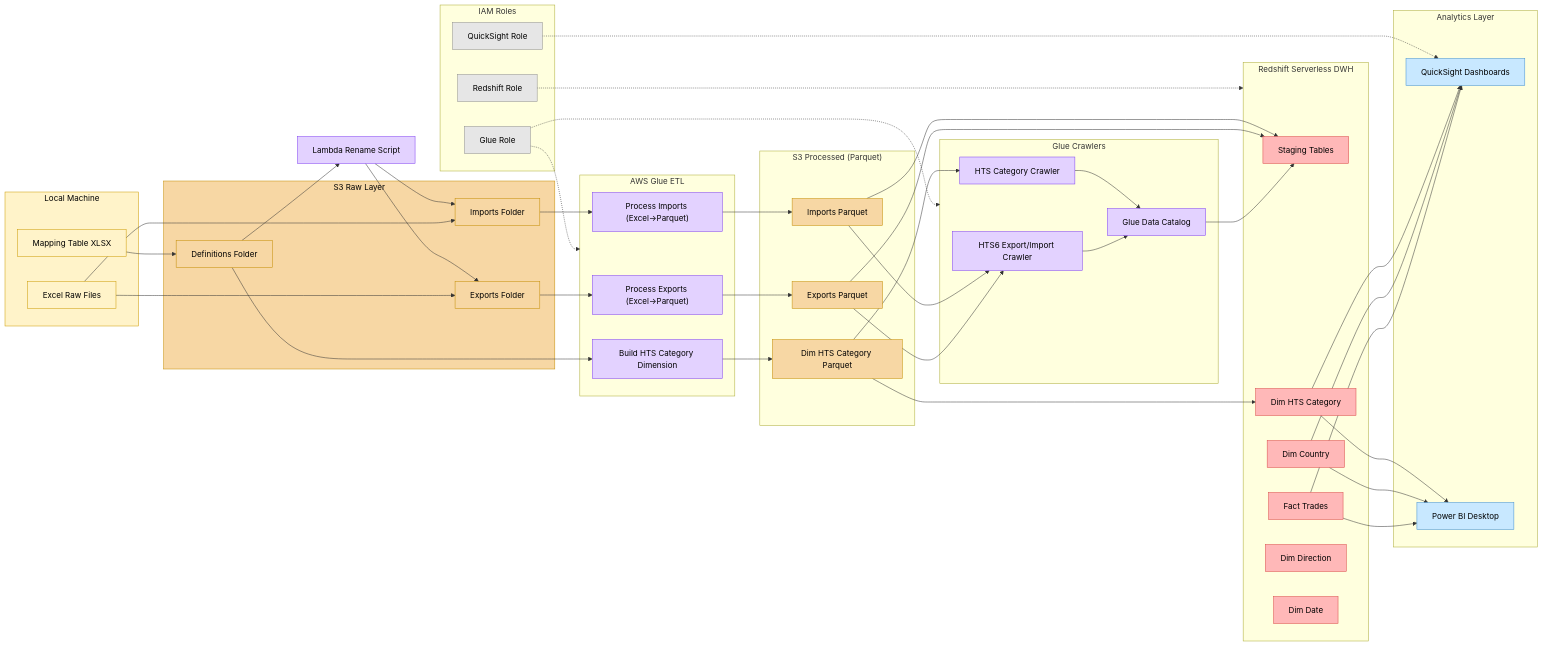
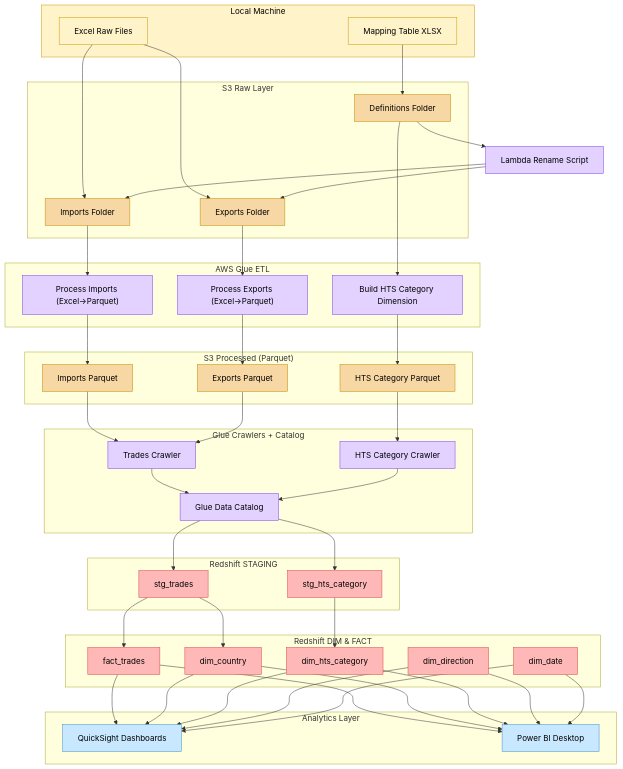
Before and after one commit to salihsezen/us-trade-tariff-impact-analysis: the diagram in System-Architecture.md, drawn with Mermaid.

````diff
--- a/System-Architecture.md
+++ b/System-Architecture.md
@@ -1,5 +1,5 @@
 ```mermaid
-flowchart LR
+flowchart TB
 
 %% ---------- COLOR CLASSES ----------
 classDef s3 fill:#f7d7a4,stroke:#c48c00,stroke-width:1px,color:#000;
@@ -9,49 +9,53 @@
 classDef iam fill:#e6e6e6,stroke:#8d8d8d,stroke-width:1px,color:#000;
 classDef local fill:#fff3c9,stroke:#cc9a00,stroke-width:1px,color:#000;
 
-%% ---------- LOCAL ----------
+%% ===================================================================
+%%  TOP ROW  → Local → S3 Raw → Lambda → Glue ETL
+%% ===================================================================
+
 subgraph LOCAL["Local Machine"]
-  A1["Excel Raw Files"]
-  A2["Mapping Table XLSX"]
+  L1["Excel Raw Files"]
+  L2["Mapping Table XLSX"]
 end
-class LOCAL,A1,A2 local;
+class LOCAL,L1,L2 local;
 
-%% ---------- S3 RAW ----------
 subgraph S3RAW["S3 Raw Layer"]
-  B1["Exports Folder"]
-  B2["Imports Folder"]
-  B3["Definitions Folder"]
+  Rdef["Definitions Folder"]
+  Rimp["Imports Folder"]
+  Rexp["Exports Folder"]
 end
-class S3RAW,B1,B2,B3 s3;
+class Rdef,Rimp,Rexp s3;
 
-A1 --> B1
-A1 --> B2
-A2 --> B3
+L1 --> Rexp
+L1 --> Rimp
+L2 --> Rdef
 
-%% ---------- LAMBDA RENAME ----------
-L1["Lambda Rename Script"]
-class L1 glue;
-B3 --> L1
-L1 --> B1
-L1 --> B2
+Lambda1["Lambda Rename Script"]
+class Lambda1 glue;
 
-%% ---------- GLUE ETL ----------
+Rdef --> Lambda1
+Lambda1 --> Rexp
+Lambda1 --> Rimp
+
 subgraph GLUE["AWS Glue ETL"]
-  G1["Process Exports (Excel→Parquet)"]
-  G2["Process Imports (Excel→Parquet)"]
+  G1["Process Imports (Excel→Parquet)"]
+  G2["Process Exports (Excel→Parquet)"]
   G3["Build HTS Category Dimension"]
 end
-class GLUE,G1,G2,G3 glue;
+class G1,G2,G3 glue;
 
-B1 --> G1
-B2 --> G2
-B3 --> G3
+Rimp --> G1
+Rexp --> G2
+Rdef --> G3
 
-%% ---------- S3 PROCESSED ----------
+%% ===================================================================
+%%  BOTTOM ROW  → Processed → Crawlers → Redshift → BI
+%% ===================================================================
+
 subgraph S3PROC["S3 Processed (Parquet)"]
-  P1["Exports Parquet"]
-  P2["Imports Parquet"]
-  P3["Dim HTS Category Parquet"]
+  P1["Imports Parquet"]
+  P2["Exports Parquet"]
+  P3["HTS Category Parquet"]
 end
 class P1,P2,P3 s3;
 
@@ -59,58 +63,63 @@
 G2 --> P2
 G3 --> P3
 
-%% ---------- CRAWLERS ----------
-subgraph CRAWLERS["Glue Crawlers"]
-  C1["HTS6 Export/Import Crawler"]
+subgraph CRAWLERS["Glue Crawlers + Catalog"]
+  C1["Trades Crawler"]
   C2["HTS Category Crawler"]
   CAT["Glue Data Catalog"]
 end
-class CRAWLERS,C1,C2,CAT glue;
+class C1,C2,CAT glue;
 
 P1 --> C1 --> CAT
 P2 --> C1
 P3 --> C2 --> CAT
 
-%% ---------- REDSHIFT ----------
-subgraph REDSHIFT["Redshift Serverless DWH"]
-  R1["Staging Tables"]
-  R2["Fact Trades"]
-  R3["Dim Country"]
-  R4["Dim HTS Category"]
-  R5["Dim Direction"]
-  R6["Dim Date"]
+%% ===================================================================
+%%  REDSHIFT
+%% ===================================================================
+
+subgraph STG["Redshift STAGING"]
+  S1["stg_trades"]
+  S2["stg_hts_category"]
 end
-class REDSHIFT,R1,R2,R3,R4,R5,R6 redshift;
+class S1,S2 redshift;
 
-CAT --> R1
-P1 --> R1
-P2 --> R1
-P3 --> R4
+CAT --> S1
+CAT --> S2
 
-%% ---------- BI ----------
+subgraph CORE["Redshift DIM & FACT"]
+  D1["dim_country"]
+  D2["dim_hts_category"]
+  D3["dim_direction"]
+  D4["dim_date"]
+  F1["fact_trades"]
+end
+class D1,D2,D3,D4,F1 redshift;
+
+%% staging → dims/facts
+S1 --> F1
+S1 --> D1
+S2 --> D2
+
+%% ===================================================================
+%%  BI LAYER
+%% ===================================================================
+
 subgraph BI["Analytics Layer"]
   Q1["QuickSight Dashboards"]
   PB1["Power BI Desktop"]
 end
 class Q1,PB1 bi;
 
-R2 --> Q1
-R2 --> PB1
-R3 --> Q1
-R3 --> PB1
-R4 --> Q1
-R4 --> PB1
-
-%% ---------- IAM ----------
-subgraph IAM["IAM Roles"]
-  IAM1["Glue Role"]
-  IAM2["Redshift Role"]
-  IAM3["QuickSight Role"]
-end
-class IAM1,IAM2,IAM3 iam;
-
-IAM1 -.-> GLUE
-IAM1 -.-> CRAWLERS
-IAM2 -.-> REDSHIFT
-IAM3 -.-> Q1
+%% FACT + DIM → BI
+F1 --> Q1
+F1 --> PB1
+D1 --> Q1
+D1 --> PB1
+D2 --> Q1
+D2 --> PB1
+D3 --> Q1
+D3 --> PB1
+D4 --> Q1
+D4 --> PB1
 ```
````
